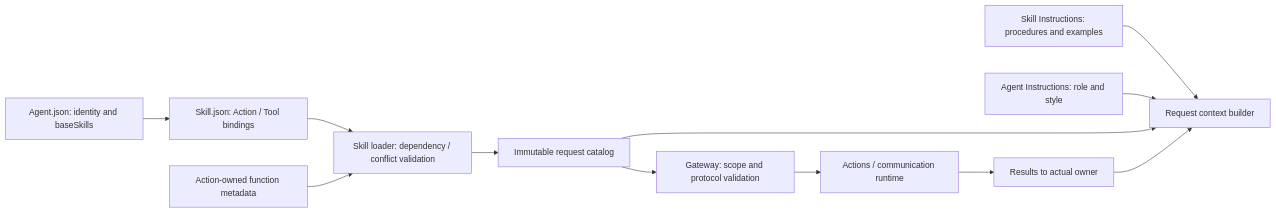
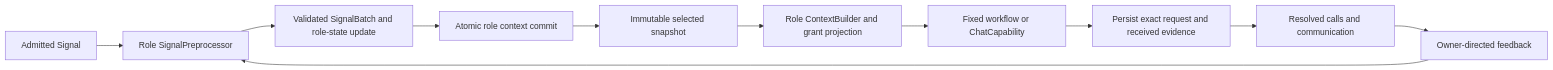
One commit to devilyouwei/MobileHarness changed the second of 2 diagrams in MobileHarness/Agents/README.md. Above: the diagram before and after it, drawn with Mermaid. The commit also changed other lines of this file and 160 other files, not shown here.

````diff
--- a/MobileHarness/Agents/README.md
+++ b/MobileHarness/Agents/README.md
@@ -93,14 +63,13 @@
 ```mermaid
 flowchart LR
- A[Agent.json: identity and baseSkills] --> S[Skill.json: Action / Tool bindings]
- S --> L[Skill loader: dependency / conflict validation]
- M[Action-owned function metadata] --> L
- C[Skill Instructions: procedures and examples] --> P[Request context builder]
- R[Agent Instructions: role and style] --> P
- L --> F[Immutable request catalog]
- F --> P
- F --> G[Gateway: scope and protocol validation]
- G --> E[Actions / communication runtime]
- E --> O[Results to actual owner]
- O --> P
+ Signal[Admitted Signal] --> Preprocess[Role SignalPreprocessor]
+ Preprocess --> Batch[Validated SignalBatch and role-state update]
+ Batch --> Commit[Atomic role context commit]
+ Commit --> Snapshot[Immutable selected snapshot]
+ Snapshot --> Builder[Role ContextBuilder and grant projection]
+ Builder --> Decide[Fixed workflow or ChatCapability]
+ Decide --> Evidence[Persist exact request and received evidence]
+ Evidence --> Output[Resolved calls and communication]
+ Output --> Feedback[Owner-directed feedback]
+ Feedback --> Preprocess
 ```
````
